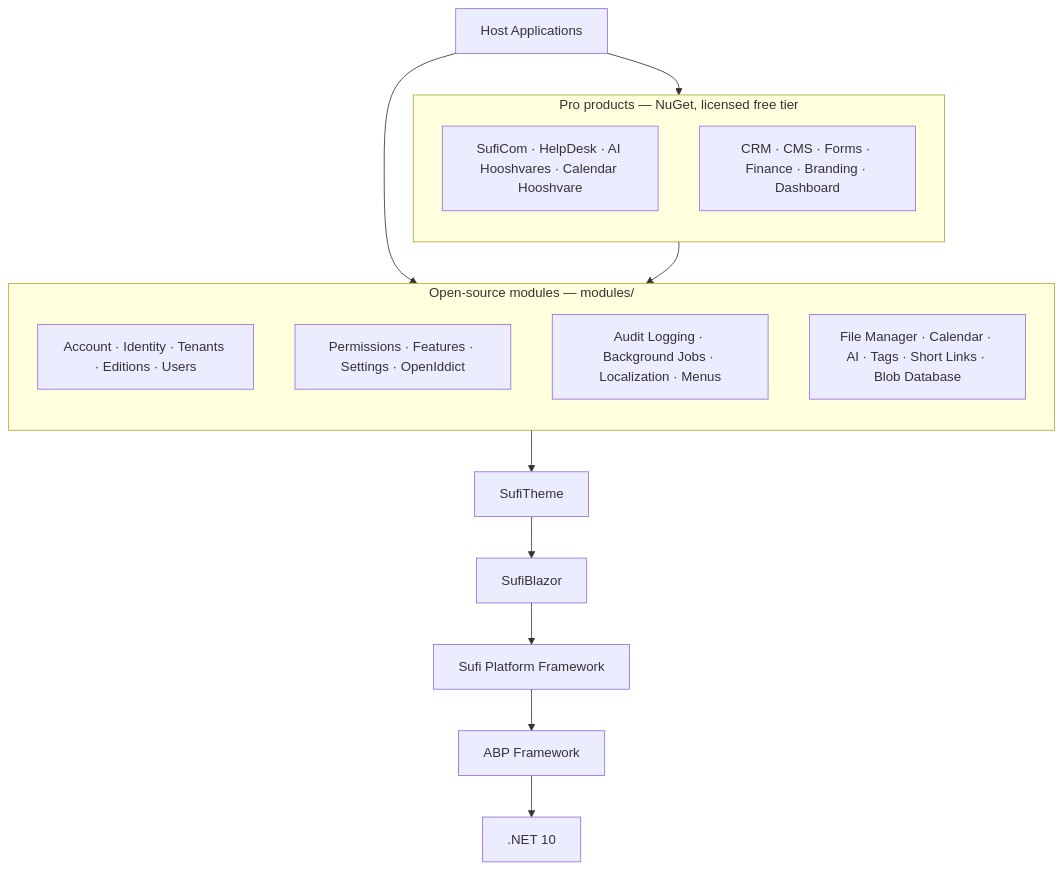
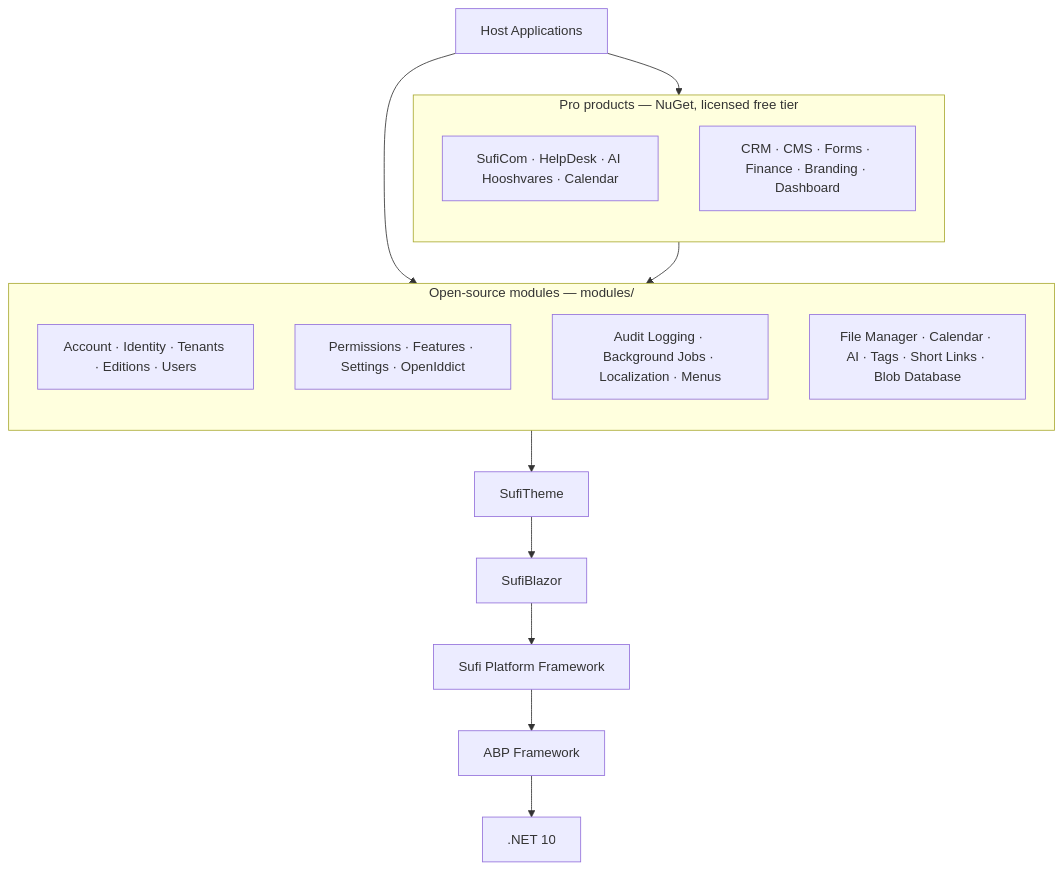
The diagram in README.md (sufi-chain/sufi-platform), drawn with Mermaid before and after one commit. The commit also changed other lines of this file and 1 other file, not shown here.

First line of the commit message:
docs(calendar): treat the Calendar hooshvare as a Calendar feature, not a separate module (Refs Pooria 2026-11-27 calendar merge)

````diff
--- a/README.md
+++ b/README.md
@@ -35,33 +35,33 @@
 ```mermaid
 flowchart TB
     Host[Host Applications]
 
     subgraph Pro["Pro products — NuGet, licensed free tier"]
         direction TB
-        ProA["SufiCom · HelpDesk · AI Hooshvares · Calendar Hooshvare"]
+        ProA["SufiCom · HelpDesk · AI Hooshvares · Calendar"]
         ProB["CRM · CMS · Forms · Finance · Branding · Dashboard"]
     end
 
     subgraph OSS["Open-source modules — modules/"]
         direction TB
         OssA["Account · Identity · Tenants · Editions · Users"]
         OssB["Permissions · Features · Settings · OpenIddict"]
         OssC["Audit Logging · Background Jobs · Localization · Menus"]
         OssD["File Manager · Calendar · AI · Tags · Short Links · Blob Database"]
     end
 
     Theme[SufiTheme]
     Blazor[SufiBlazor]
     Framework[Sufi Platform Framework]
     Abp[ABP Framework]
     DotNet[.NET 10]
 
     Host --> Pro
     Host --> OSS
     Pro --> OSS
     OSS --> Theme
     Theme --> Blazor
     Blazor --> Framework
     Framework --> Abp
     Abp --> DotNet
 ```
````
